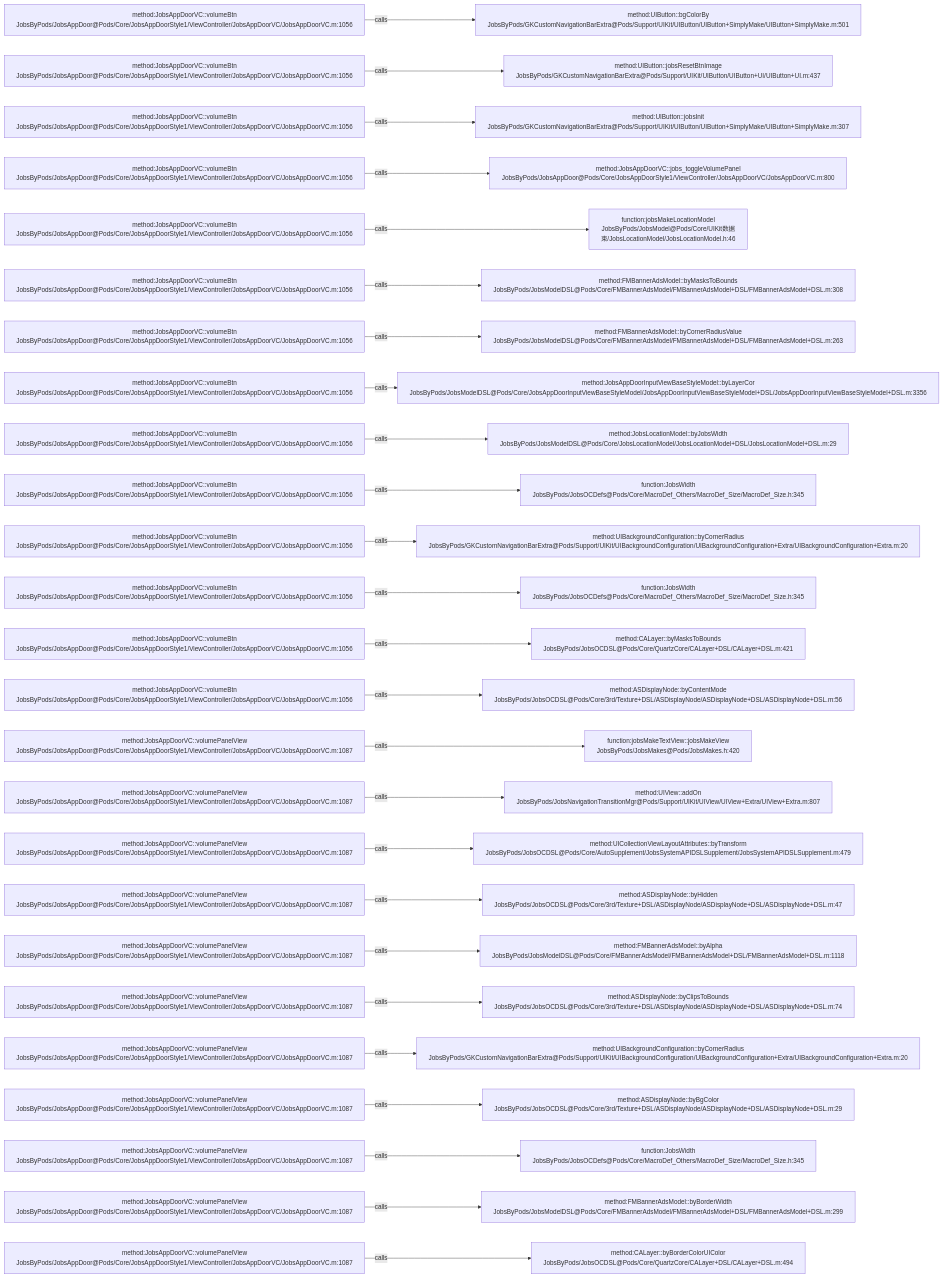
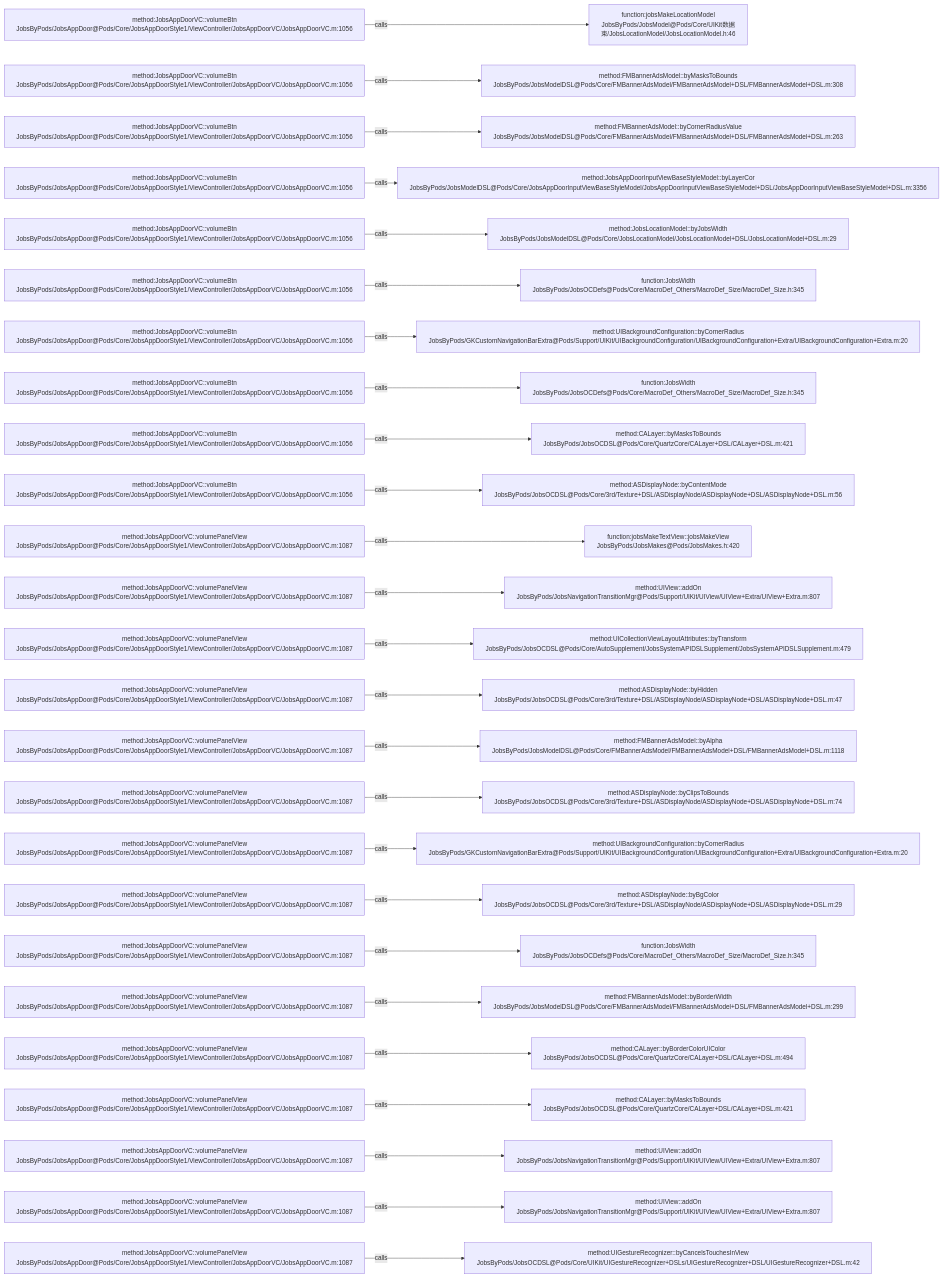
Before and after one commit to JobsKits/JobsOCBaseConfigDemo: the diagram in .codegraph/codegraph.md/graphs/calls-115.md, drawn with Mermaid. The commit also changed 116 other files, not shown here.

````diff
--- a/.codegraph/codegraph.md/graphs/calls-115.md
+++ b/.codegraph/codegraph.md/graphs/calls-115.md
@@ -13,78 +13,78 @@
 ```mermaid
 flowchart LR
   S1["method:JobsAppDoorVC::volumeBtn<br/>JobsByPods/JobsAppDoor@Pods/Core/JobsAppDoorStyle1/ViewController/JobsAppDoorVC/JobsAppDoorVC.m:1056"]
-  T1["method:UIButton::bgColorBy<br/>JobsByPods/GKCustomNavigationBarExtra@Pods/Support/UIKit/UIButton/UIButton+SimplyMake/UIButton+SimplyMake.m:501"]
+  T1["function:jobsMakeLocationModel<br/>JobsByPods/JobsModel@Pods/Core/UIKit数据束/JobsLocationModel/JobsLocationModel.h:46"]
   S1 -->|calls| T1
   S2["method:JobsAppDoorVC::volumeBtn<br/>JobsByPods/JobsAppDoor@Pods/Core/JobsAppDoorStyle1/ViewController/JobsAppDoorVC/JobsAppDoorVC.m:1056"]
-  T2["method:UIButton::jobsResetBtnImage<br/>JobsByPods/GKCustomNavigationBarExtra@Pods/Support/UIKit/UIButton/UIButton+UI/UIButton+UI.m:437"]
+  T2["method:FMBannerAdsModel::byMasksToBounds<br/>JobsByPods/JobsModelDSL@Pods/Core/FMBannerAdsModel/FMBannerAdsModel+DSL/FMBannerAdsModel+DSL.m:308"]
   S2 -->|calls| T2
   S3["method:JobsAppDoorVC::volumeBtn<br/>JobsByPods/JobsAppDoor@Pods/Core/JobsAppDoorStyle1/ViewController/JobsAppDoorVC/JobsAppDoorVC.m:1056"]
-  T3["method:UIButton::jobsInit<br/>JobsByPods/GKCustomNavigationBarExtra@Pods/Support/UIKit/UIButton/UIButton+SimplyMake/UIButton+SimplyMake.m:307"]
+  T3["method:FMBannerAdsModel::byCornerRadiusValue<br/>JobsByPods/JobsModelDSL@Pods/Core/FMBannerAdsModel/FMBannerAdsModel+DSL/FMBannerAdsModel+DSL.m:263"]
   S3 -->|calls| T3
   S4["method:JobsAppDoorVC::volumeBtn<br/>JobsByPods/JobsAppDoor@Pods/Core/JobsAppDoorStyle1/ViewController/JobsAppDoorVC/JobsAppDoorVC.m:1056"]
-  T4["method:JobsAppDoorVC::jobs_toggleVolumePanel<br/>JobsByPods/JobsAppDoor@Pods/Core/JobsAppDoorStyle1/ViewController/JobsAppDoorVC/JobsAppDoorVC.m:800"]
+  T4["method:JobsAppDoorInputViewBaseStyleModel::byLayerCor<br/>JobsByPods/JobsModelDSL@Pods/Core/JobsAppDoorInputViewBaseStyleModel/JobsAppDoorInputViewBaseStyleModel+DSL/JobsAppDoorInputViewBaseStyleModel+DSL.m:3356"]
   S4 -->|calls| T4
   S5["method:JobsAppDoorVC::volumeBtn<br/>JobsByPods/JobsAppDoor@Pods/Core/JobsAppDoorStyle1/ViewController/JobsAppDoorVC/JobsAppDoorVC.m:1056"]
-  T5["function:jobsMakeLocationModel<br/>JobsByPods/JobsModel@Pods/Core/UIKit数据束/JobsLocationModel/JobsLocationModel.h:46"]
+  T5["method:JobsLocationModel::byJobsWidth<br/>JobsByPods/JobsModelDSL@Pods/Core/JobsLocationModel/JobsLocationModel+DSL/JobsLocationModel+DSL.m:29"]
   S5 -->|calls| T5
   S6["method:JobsAppDoorVC::volumeBtn<br/>JobsByPods/JobsAppDoor@Pods/Core/JobsAppDoorStyle1/ViewController/JobsAppDoorVC/JobsAppDoorVC.m:1056"]
-  T6["method:FMBannerAdsModel::byMasksToBounds<br/>JobsByPods/JobsModelDSL@Pods/Core/FMBannerAdsModel/FMBannerAdsModel+DSL/FMBannerAdsModel+DSL.m:308"]
+  T6["function:JobsWidth<br/>JobsByPods/JobsOCDefs@Pods/Core/MacroDef_Others/MacroDef_Size/MacroDef_Size.h:345"]
   S6 -->|calls| T6
   S7["method:JobsAppDoorVC::volumeBtn<br/>JobsByPods/JobsAppDoor@Pods/Core/JobsAppDoorStyle1/ViewController/JobsAppDoorVC/JobsAppDoorVC.m:1056"]
-  T7["method:FMBannerAdsModel::byCornerRadiusValue<br/>JobsByPods/JobsModelDSL@Pods/Core/FMBannerAdsModel/FMBannerAdsModel+DSL/FMBannerAdsModel+DSL.m:263"]
+  T7["method:UIBackgroundConfiguration::byCornerRadius<br/>JobsByPods/GKCustomNavigationBarExtra@Pods/Support/UIKit/UIBackgroundConfiguration/UIBackgroundConfiguration+Extra/UIBackgroundConfiguration+Extra.m:20"]
   S7 -->|calls| T7
   S8["method:JobsAppDoorVC::volumeBtn<br/>JobsByPods/JobsAppDoor@Pods/Core/JobsAppDoorStyle1/ViewController/JobsAppDoorVC/JobsAppDoorVC.m:1056"]
-  T8["method:JobsAppDoorInputViewBaseStyleModel::byLayerCor<br/>JobsByPods/JobsModelDSL@Pods/Core/JobsAppDoorInputViewBaseStyleModel/JobsAppDoorInputViewBaseStyleModel+DSL/JobsAppDoorInputViewBaseStyleModel+DSL.m:3356"]
+  T8["function:JobsWidth<br/>JobsByPods/JobsOCDefs@Pods/Core/MacroDef_Others/MacroDef_Size/MacroDef_Size.h:345"]
   S8 -->|calls| T8
   S9["method:JobsAppDoorVC::volumeBtn<br/>JobsByPods/JobsAppDoor@Pods/Core/JobsAppDoorStyle1/ViewController/JobsAppDoorVC/JobsAppDoorVC.m:1056"]
-  T9["method:JobsLocationModel::byJobsWidth<br/>JobsByPods/JobsModelDSL@Pods/Core/JobsLocationModel/JobsLocationModel+DSL/JobsLocationModel+DSL.m:29"]
+  T9["method:CALayer::byMasksToBounds<br/>JobsByPods/JobsOCDSL@Pods/Core/QuartzCore/CALayer+DSL/CALayer+DSL.m:421"]
   S9 -->|calls| T9
   S10["method:JobsAppDoorVC::volumeBtn<br/>JobsByPods/JobsAppDoor@Pods/Core/JobsAppDoorStyle1/ViewController/JobsAppDoorVC/JobsAppDoorVC.m:1056"]
-  T10["function:JobsWidth<br/>JobsByPods/JobsOCDefs@Pods/Core/MacroDef_Others/MacroDef_Size/MacroDef_Size.h:345"]
+  T10["method:ASDisplayNode::byContentMode<br/>JobsByPods/JobsOCDSL@Pods/Core/3rd/Texture+DSL/ASDisplayNode/ASDisplayNode+DSL/ASDisplayNode+DSL.m:56"]
   S10 -->|calls| T10
-  S11["method:JobsAppDoorVC::volumeBtn<br/>JobsByPods/JobsAppDoor@Pods/Core/JobsAppDoorStyle1/ViewController/JobsAppDoorVC/JobsAppDoorVC.m:1056"]
-  T11["method:UIBackgroundConfiguration::byCornerRadius<br/>JobsByPods/GKCustomNavigationBarExtra@Pods/Support/UIKit/UIBackgroundConfiguration/UIBackgroundConfiguration+Extra/UIBackgroundConfiguration+Extra.m:20"]
+  S11["method:JobsAppDoorVC::volumePanelView<br/>JobsByPods/JobsAppDoor@Pods/Core/JobsAppDoorStyle1/ViewController/JobsAppDoorVC/JobsAppDoorVC.m:1087"]
+  T11["function:jobsMakeTextView::jobsMakeView<br/>JobsByPods/JobsMakes@Pods/JobsMakes.h:420"]
   S11 -->|calls| T11
-  S12["method:JobsAppDoorVC::volumeBtn<br/>JobsByPods/JobsAppDoor@Pods/Core/JobsAppDoorStyle1/ViewController/JobsAppDoorVC/JobsAppDoorVC.m:1056"]
-  T12["function:JobsWidth<br/>JobsByPods/JobsOCDefs@Pods/Core/MacroDef_Others/MacroDef_Size/MacroDef_Size.h:345"]
+  S12["method:JobsAppDoorVC::volumePanelView<br/>JobsByPods/JobsAppDoor@Pods/Core/JobsAppDoorStyle1/ViewController/JobsAppDoorVC/JobsAppDoorVC.m:1087"]
+  T12["method:UIView::addOn<br/>JobsByPods/JobsNavigationTransitionMgr@Pods/Support/UIKit/UIView/UIView+Extra/UIView+Extra.m:807"]
   S12 -->|calls| T12
-  S13["method:JobsAppDoorVC::volumeBtn<br/>JobsByPods/JobsAppDoor@Pods/Core/JobsAppDoorStyle1/ViewController/JobsAppDoorVC/JobsAppDoorVC.m:1056"]
-  T13["method:CALayer::byMasksToBounds<br/>JobsByPods/JobsOCDSL@Pods/Core/QuartzCore/CALayer+DSL/CALayer+DSL.m:421"]
+  S13["method:JobsAppDoorVC::volumePanelView<br/>JobsByPods/JobsAppDoor@Pods/Core/JobsAppDoorStyle1/ViewController/JobsAppDoorVC/JobsAppDoorVC.m:1087"]
+  T13["method:UICollectionViewLayoutAttributes::byTransform<br/>JobsByPods/JobsOCDSL@Pods/Core/AutoSupplement/JobsSystemAPIDSLSupplement/JobsSystemAPIDSLSupplement.m:479"]
   S13 -->|calls| T13
-  S14["method:JobsAppDoorVC::volumeBtn<br/>JobsByPods/JobsAppDoor@Pods/Core/JobsAppDoorStyle1/ViewController/JobsAppDoorVC/JobsAppDoorVC.m:1056"]
-  T14["method:ASDisplayNode::byContentMode<br/>JobsByPods/JobsOCDSL@Pods/Core/3rd/Texture+DSL/ASDisplayNode/ASDisplayNode+DSL/ASDisplayNode+DSL.m:56"]
+  S14["method:JobsAppDoorVC::volumePanelView<br/>JobsByPods/JobsAppDoor@Pods/Core/JobsAppDoorStyle1/ViewController/JobsAppDoorVC/JobsAppDoorVC.m:1087"]
+  T14["method:ASDisplayNode::byHidden<br/>JobsByPods/JobsOCDSL@Pods/Core/3rd/Texture+DSL/ASDisplayNode/ASDisplayNode+DSL/ASDisplayNode+DSL.m:47"]
   S14 -->|calls| T14
   S15["method:JobsAppDoorVC::volumePanelView<br/>JobsByPods/JobsAppDoor@Pods/Core/JobsAppDoorStyle1/ViewController/JobsAppDoorVC/JobsAppDoorVC.m:1087"]
-  T15["function:jobsMakeTextView::jobsMakeView<br/>JobsByPods/JobsMakes@Pods/JobsMakes.h:420"]
+  T15["method:FMBannerAdsModel::byAlpha<br/>JobsByPods/JobsModelDSL@Pods/Core/FMBannerAdsModel/FMBannerAdsModel+DSL/FMBannerAdsModel+DSL.m:1118"]
   S15 -->|calls| T15
   S16["method:JobsAppDoorVC::volumePanelView<br/>JobsByPods/JobsAppDoor@Pods/Core/JobsAppDoorStyle1/ViewController/JobsAppDoorVC/JobsAppDoorVC.m:1087"]
-  T16["method:UIView::addOn<br/>JobsByPods/JobsNavigationTransitionMgr@Pods/Support/UIKit/UIView/UIView+Extra/UIView+Extra.m:807"]
+  T16["method:ASDisplayNode::byClipsToBounds<br/>JobsByPods/JobsOCDSL@Pods/Core/3rd/Texture+DSL/ASDisplayNode/ASDisplayNode+DSL/ASDisplayNode+DSL.m:74"]
   S16 -->|calls| T16
   S17["method:JobsAppDoorVC::volumePanelView<br/>JobsByPods/JobsAppDoor@Pods/Core/JobsAppDoorStyle1/ViewController/JobsAppDoorVC/JobsAppDoorVC.m:1087"]
-  T17["method:UICollectionViewLayoutAttributes::byTransform<br/>JobsByPods/JobsOCDSL@Pods/Core/AutoSupplement/JobsSystemAPIDSLSupplement/JobsSystemAPIDSLSupplement.m:479"]
+  T17["method:UIBackgroundConfiguration::byCornerRadius<br/>JobsByPods/GKCustomNavigationBarExtra@Pods/Support/UIKit/UIBackgroundConfiguration/UIBackgroundConfiguration+Extra/UIBackgroundConfiguration+Extra.m:20"]
   S17 -->|calls| T17
   S18["method:JobsAppDoorVC::volumePanelView<br/>JobsByPods/JobsAppDoor@Pods/Core/JobsAppDoorStyle1/ViewController/JobsAppDoorVC/JobsAppDoorVC.m:1087"]
-  T18["method:ASDisplayNode::byHidden<br/>JobsByPods/JobsOCDSL@Pods/Core/3rd/Texture+DSL/ASDisplayNode/ASDisplayNode+DSL/ASDisplayNode+DSL.m:47"]
+  T18["method:ASDisplayNode::byBgColor<br/>JobsByPods/JobsOCDSL@Pods/Core/3rd/Texture+DSL/ASDisplayNode/ASDisplayNode+DSL/ASDisplayNode+DSL.m:29"]
   S18 -->|calls| T18
   S19["method:JobsAppDoorVC::volumePanelView<br/>JobsByPods/JobsAppDoor@Pods/Core/JobsAppDoorStyle1/ViewController/JobsAppDoorVC/JobsAppDoorVC.m:1087"]
-  T19["method:FMBannerAdsModel::byAlpha<br/>JobsByPods/JobsModelDSL@Pods/Core/FMBannerAdsModel/FMBannerAdsModel+DSL/FMBannerAdsModel+DSL.m:1118"]
+  T19["function:JobsWidth<br/>JobsByPods/JobsOCDefs@Pods/Core/MacroDef_Others/MacroDef_Size/MacroDef_Size.h:345"]
   S19 -->|calls| T19
   S20["method:JobsAppDoorVC::volumePanelView<br/>JobsByPods/JobsAppDoor@Pods/Core/JobsAppDoorStyle1/ViewController/JobsAppDoorVC/JobsAppDoorVC.m:1087"]
-  T20["method:ASDisplayNode::byClipsToBounds<br/>JobsByPods/JobsOCDSL@Pods/Core/3rd/Texture+DSL/ASDisplayNode/ASDisplayNode+DSL/ASDisplayNode+DSL.m:74"]
+  T20["method:FMBannerAdsModel::byBorderWidth<br/>JobsByPods/JobsModelDSL@Pods/Core/FMBannerAdsModel/FMBannerAdsModel+DSL/FMBannerAdsModel+DSL.m:299"]
   S20 -->|calls| T20
   S21["method:JobsAppDoorVC::volumePanelView<br/>JobsByPods/JobsAppDoor@Pods/Core/JobsAppDoorStyle1/ViewController/JobsAppDoorVC/JobsAppDoorVC.m:1087"]
-  T21["method:UIBackgroundConfiguration::byCornerRadius<br/>JobsByPods/GKCustomNavigationBarExtra@Pods/Support/UIKit/UIBackgroundConfiguration/UIBackgroundConfiguration+Extra/UIBackgroundConfiguration+Extra.m:20"]
+  T21["method:CALayer::byBorderColorUIColor<br/>JobsByPods/JobsOCDSL@Pods/Core/QuartzCore/CALayer+DSL/CALayer+DSL.m:494"]
   S21 -->|calls| T21
   S22["method:JobsAppDoorVC::volumePanelView<br/>JobsByPods/JobsAppDoor@Pods/Core/JobsAppDoorStyle1/ViewController/JobsAppDoorVC/JobsAppDoorVC.m:1087"]
-  T22["method:ASDisplayNode::byBgColor<br/>JobsByPods/JobsOCDSL@Pods/Core/3rd/Texture+DSL/ASDisplayNode/ASDisplayNode+DSL/ASDisplayNode+DSL.m:29"]
+  T22["method:CALayer::byMasksToBounds<br/>JobsByPods/JobsOCDSL@Pods/Core/QuartzCore/CALayer+DSL/CALayer+DSL.m:421"]
   S22 -->|calls| T22
   S23["method:JobsAppDoorVC::volumePanelView<br/>JobsByPods/JobsAppDoor@Pods/Core/JobsAppDoorStyle1/ViewController/JobsAppDoorVC/JobsAppDoorVC.m:1087"]
-  T23["function:JobsWidth<br/>JobsByPods/JobsOCDefs@Pods/Core/MacroDef_Others/MacroDef_Size/MacroDef_Size.h:345"]
+  T23["method:UIView::addOn<br/>JobsByPods/JobsNavigationTransitionMgr@Pods/Support/UIKit/UIView/UIView+Extra/UIView+Extra.m:807"]
   S23 -->|calls| T23
   S24["method:JobsAppDoorVC::volumePanelView<br/>JobsByPods/JobsAppDoor@Pods/Core/JobsAppDoorStyle1/ViewController/JobsAppDoorVC/JobsAppDoorVC.m:1087"]
-  T24["method:FMBannerAdsModel::byBorderWidth<br/>JobsByPods/JobsModelDSL@Pods/Core/FMBannerAdsModel/FMBannerAdsModel+DSL/FMBannerAdsModel+DSL.m:299"]
+  T24["method:UIView::addOn<br/>JobsByPods/JobsNavigationTransitionMgr@Pods/Support/UIKit/UIView/UIView+Extra/UIView+Extra.m:807"]
   S24 -->|calls| T24
   S25["method:JobsAppDoorVC::volumePanelView<br/>JobsByPods/JobsAppDoor@Pods/Core/JobsAppDoorStyle1/ViewController/JobsAppDoorVC/JobsAppDoorVC.m:1087"]
-  T25["method:CALayer::byBorderColorUIColor<br/>JobsByPods/JobsOCDSL@Pods/Core/QuartzCore/CALayer+DSL/CALayer+DSL.m:494"]
+  T25["method:UIGestureRecognizer::byCancelsTouchesInView<br/>JobsByPods/JobsOCDSL@Pods/Core/UIKit/UIGestureRecognizer+DSLs/UIGestureRecognizer+DSL/UIGestureRecognizer+DSL.m:42"]
   S25 -->|calls| T25
 ```
````
